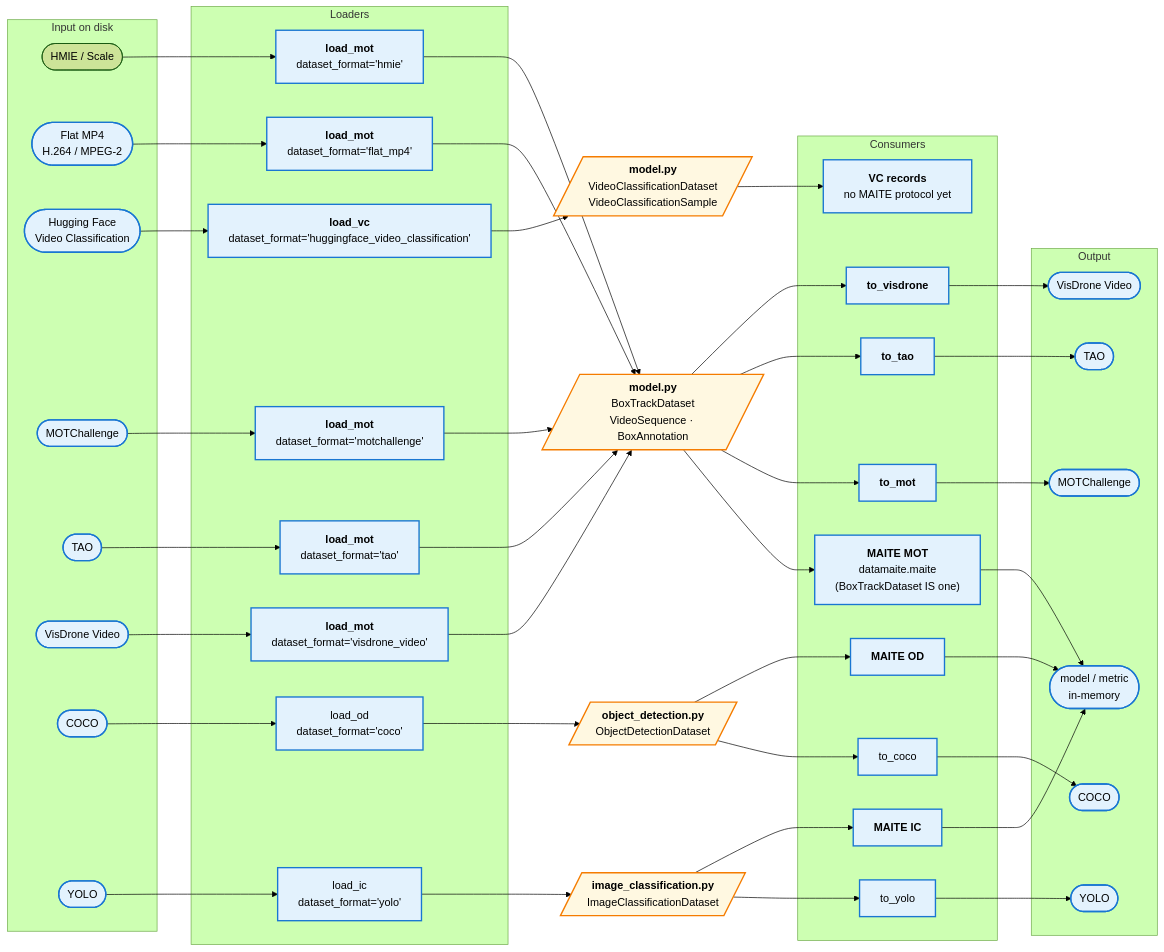
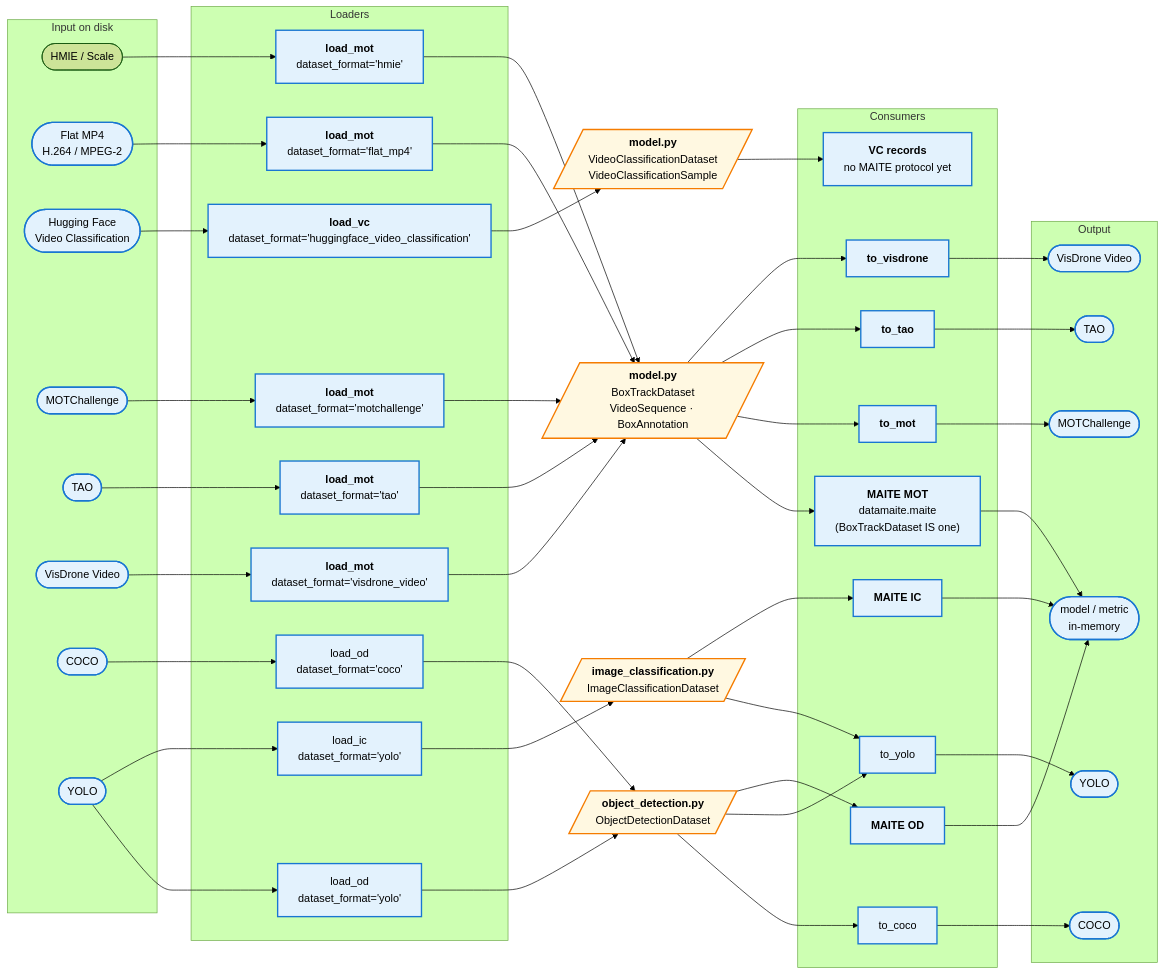
One commit to openteams-ai/datamaite changed the first of 10 diagrams in docs/architecture.md. Above: the diagram before and after it, drawn with Mermaid (forest theme). The commit also changed other lines of this file and 18 other files, not shown here.

````diff
--- a/docs/architecture.md
+++ b/docs/architecture.md
@@ -48,7 +49,8 @@
         LT["<b>load_mot</b><br/>dataset_format='tao'"]
         LV["<b>load_mot</b><br/>dataset_format='visdrone_video'"]
         LC["load_od<br/>dataset_format='coco'"]
-        LY["load_ic<br/>dataset_format='yolo'"]
+        LYOD["load_od<br/>dataset_format='yolo'"]
+        LYIC["load_ic<br/>dataset_format='yolo'"]
     end
 
     HUB[/"<b>model.py</b><br/>BoxTrackDataset<br/>VideoSequence · BoxAnnotation"/]
@@ -84,7 +86,8 @@
     TAOIN --> LT
     VISIN --> LV
     COCOIN --> LC
-    YOLOIN --> LY
+    YOLOIN --> LYOD
+    YOLOIN --> LYIC
     LH --> HUB
     LF --> HUB
     LHF --> VCHUB
@@ -92,13 +95,15 @@
     LT --> HUB
     LV --> HUB
     LC --> ODHUB
-    LY --> ICHUB
+    LYOD --> ODHUB
+    LYIC --> ICHUB
     VCHUB --> VCREC
     HUB --> MAITE
     HUB --> TM
     HUB --> TT
     HUB --> TV
     ODHUB --> TC
+    ODHUB --> TY
     ICHUB --> TY
     ODHUB --> MAITEOD
     ICHUB --> MAITEIC
@@ -115,6 +120,6 @@
     classDef impl fill:#e3f2fd,stroke:#1976d2,stroke-width:2px;
     classDef planned fill:#f5f5f5,stroke:#9e9e9e,color:#616161;
     class HUB,ODHUB,ICHUB,VCHUB hub;
-    class LH,LF,LHF,LM,LT,LV,LC,LY,TM,TT,TV,TY,TC,MAITE,MAITEOD,MAITEIC,VCREC impl;
+    class LH,LF,LHF,LM,LT,LV,LC,LYOD,LYIC,TM,TT,TV,TY,TC,MAITE,MAITEOD,MAITEIC,VCREC impl;
     class MAITEOUT,MP4IN,HFIN,MOTIN,TAOIN,VISIN,COCOIN,YOLOIN,MOTOUT,TAOOUT,VISOUT,YOLOUT,COCOUT impl;
 ```
````
